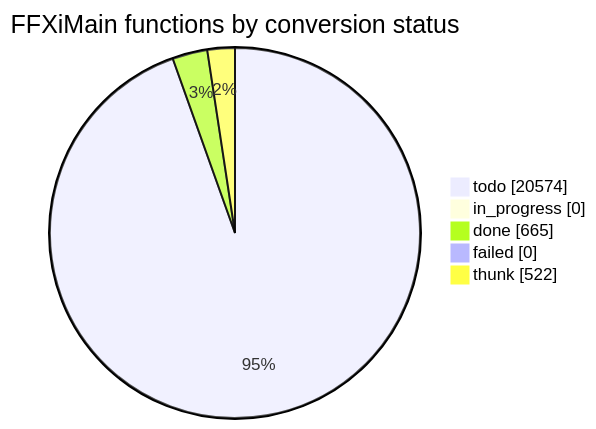
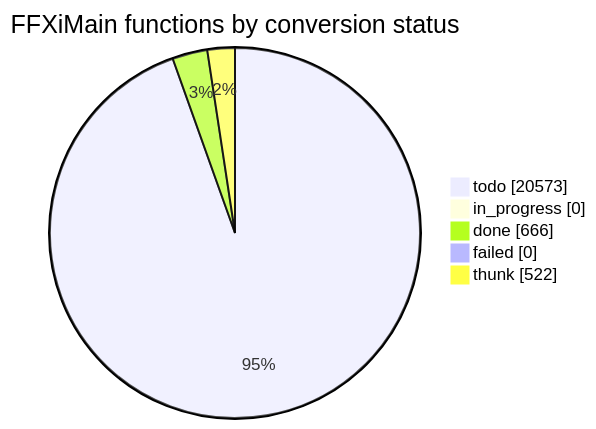
The diagram in docs/cow/STATUS.md (cowrevenge/cow_kuluu_xi_anything), drawn with Mermaid before and after one commit. The commit also changed other lines of this file and 9 other files, not shown here.

````diff
--- a/docs/cow/STATUS.md
+++ b/docs/cow/STATUS.md
@@ -18,9 +18,9 @@
 ```mermaid
 pie showData
     title FFXiMain functions by conversion status
-    "todo" : 20574
+    "todo" : 20573
     "in_progress" : 0
-    "done" : 665
+    "done" : 666
     "failed" : 0
     "thunk" : 522
 ```
````
